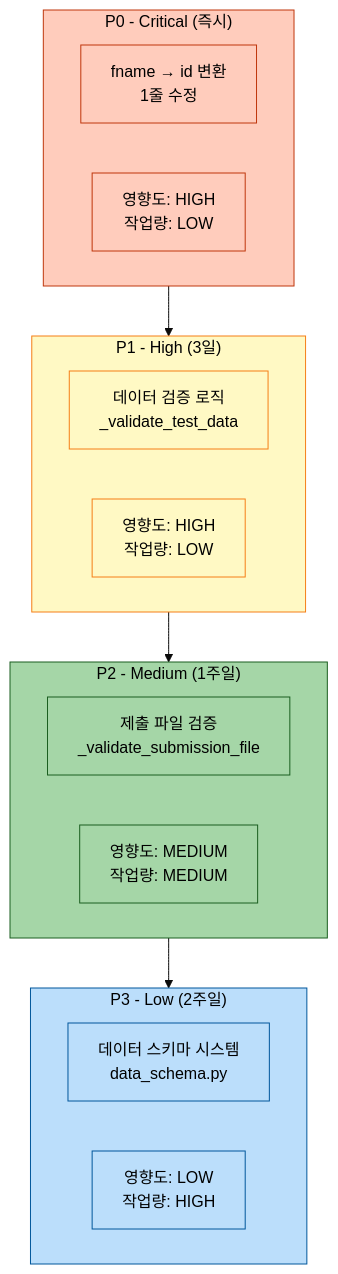
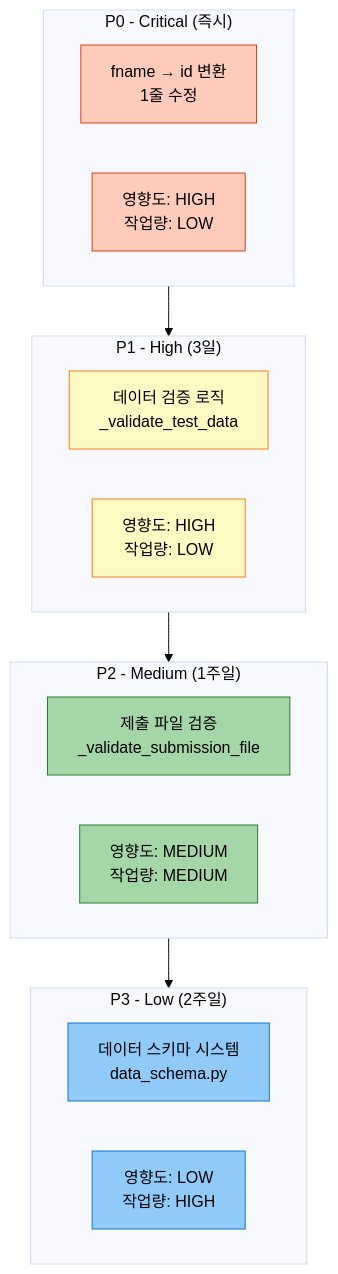
One commit to AIBootcamp14/naturallanguageprocessingcompetition-nlp-1 changed diagram 14 of 15 in docs/experiments/20251013_111525_strategy1_kobart_optimized_실험분석.md. Above: the diagram before and after it, drawn with Mermaid (base theme). The commit also changed other lines of this file, not shown here.

Commit message:
fix: 실험 분석 문서 mermaid 스타일 수정   - 모든 mermaid 다이어그램을 개별 노드 스타일 형식으로 변경   - subgraph 스타일 제거, 개별 노드별 색상 적용   - 20251012 문서 스타일 형식에 맞춰 통일   - experiments_style.md의 모든 예시 코드도 동일하게 수정

````diff
--- a/docs/experiments/20251013_111525_strategy1_kobart_optimized_실험분석.md
+++ b/docs/experiments/20251013_111525_strategy1_kobart_optimized_실험분석.md
@@ -1138,38 +1149,33 @@
 ```mermaid
 graph TB
     subgraph P0["P0 - Critical (즉시)"]
         A1[fname → id 변환<br/>1줄 수정]
         A2[영향도: HIGH<br/>작업량: LOW]
     end
 
     subgraph P1["P1 - High (3일)"]
         B1[데이터 검증 로직<br/>_validate_test_data]
         B2[영향도: HIGH<br/>작업량: LOW]
     end
 
     subgraph P2["P2 - Medium (1주일)"]
         C1[제출 파일 검증<br/>_validate_submission_file]
         C2[영향도: MEDIUM<br/>작업량: MEDIUM]
     end
 
     subgraph P3["P3 - Low (2주일)"]
         D1[데이터 스키마 시스템<br/>data_schema.py]
         D2[영향도: LOW<br/>작업량: HIGH]
     end
 
     P0 --> P1 --> P2 --> P3
 
-    style P0 fill:#ffccbc,stroke:#bf360c,color:#000
-    style P1 fill:#fff9c4,stroke:#f57f17,color:#000
-    style P2 fill:#a5d6a7,stroke:#1b5e20,color:#000
-    style P3 fill:#bbdefb,stroke:#01579b,color:#000
-
-    style A1 fill:#ffccbc,stroke:#bf360c,color:#000
-    style A2 fill:#ffccbc,stroke:#bf360c,color:#000
+    style A1 fill:#ffccbc,stroke:#d84315,color:#000
+    style A2 fill:#ffccbc,stroke:#d84315,color:#000
     style B1 fill:#fff9c4,stroke:#f57f17,color:#000
     style B2 fill:#fff9c4,stroke:#f57f17,color:#000
-    style C1 fill:#a5d6a7,stroke:#1b5e20,color:#000
-    style C2 fill:#a5d6a7,stroke:#1b5e20,color:#000
-    style D1 fill:#bbdefb,stroke:#01579b,color:#000
-    style D2 fill:#bbdefb,stroke:#01579b,color:#000
+    style C1 fill:#a5d6a7,stroke:#2e7d32,color:#000
+    style C2 fill:#a5d6a7,stroke:#2e7d32,color:#000
+    style D1 fill:#90caf9,stroke:#1976d2,color:#000
+    style D2 fill:#90caf9,stroke:#1976d2,color:#000
 ```
````
